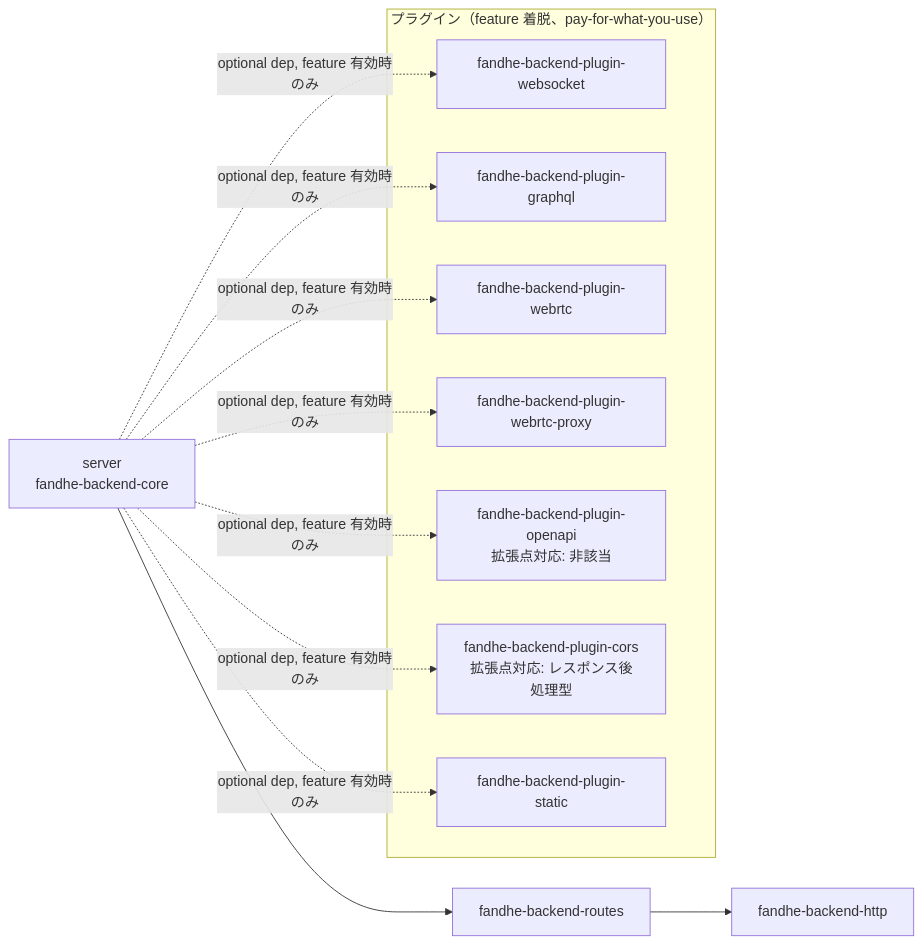
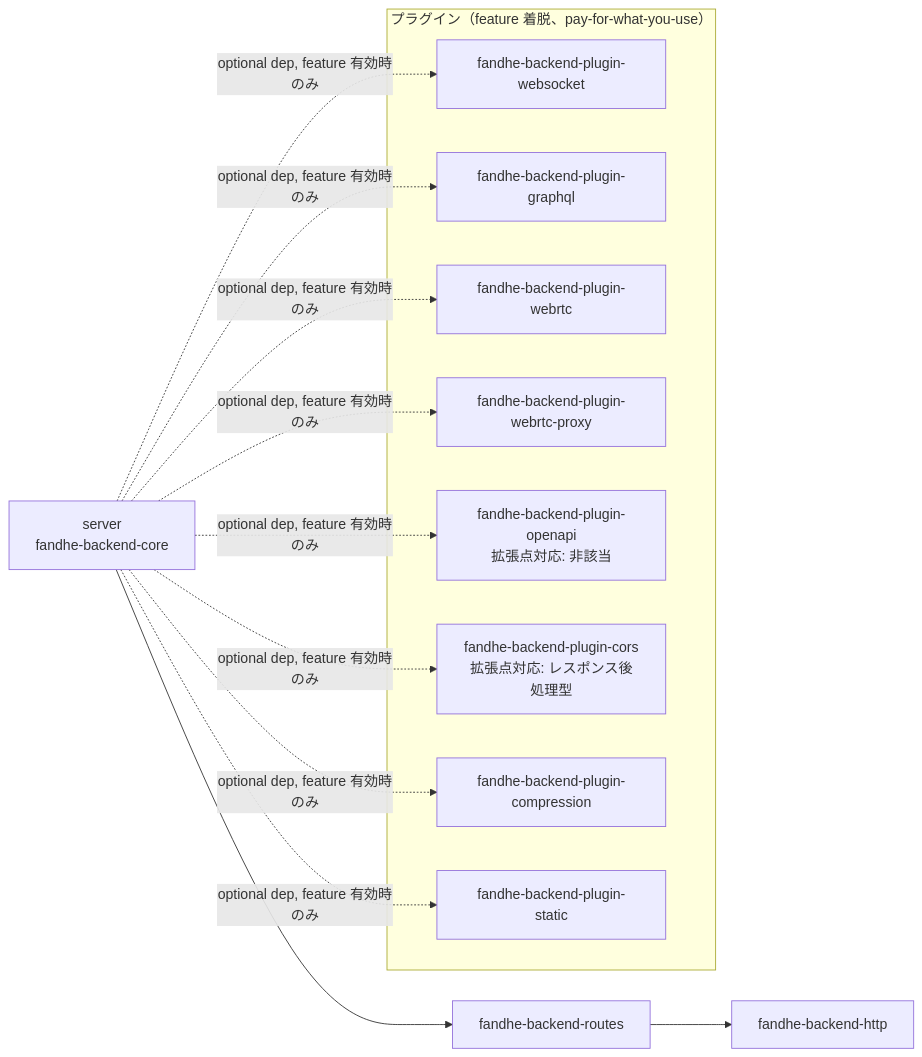
The diagram in docs/design/dependency-graph-contract.md (Fandhe-AI/fandhe-backend), drawn with Mermaid before and after one commit. The commit also changed other lines of this file and 16 other files, not shown here.

First line of the commit message:
feat(plugin-compression): レスポンス圧縮プラグインを実装する (#343)

````diff
--- a/docs/design/dependency-graph-contract.md
+++ b/docs/design/dependency-graph-contract.md
@@ -29,23 +29,25 @@
 ```mermaid
 graph LR
     server[server<br/>fandhe-backend-core] --> routes[fandhe-backend-routes]
     routes --> http[fandhe-backend-http]
 
     server -.->|optional dep, feature 有効時のみ| ws[fandhe-backend-plugin-websocket]
     server -.->|optional dep, feature 有効時のみ| gql[fandhe-backend-plugin-graphql]
     server -.->|optional dep, feature 有効時のみ| rtc[fandhe-backend-plugin-webrtc]
     server -.->|optional dep, feature 有効時のみ| rtcproxy[fandhe-backend-plugin-webrtc-proxy]
     server -.->|optional dep, feature 有効時のみ| openapi[fandhe-backend-plugin-openapi<br/>拡張点対応: 非該当]
     server -.->|optional dep, feature 有効時のみ| cors[fandhe-backend-plugin-cors<br/>拡張点対応: レスポンス後処理型]
+    server -.->|optional dep, feature 有効時のみ| compression[fandhe-backend-plugin-compression]
     server -.->|optional dep, feature 有効時のみ| static_files[fandhe-backend-plugin-static]
 
     subgraph "プラグイン（feature 着脱、pay-for-what-you-use）"
         ws
         gql
         rtc
         rtcproxy
         openapi
         cors
+        compression
         static_files
     end
 ```
````
